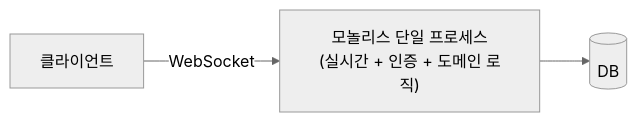
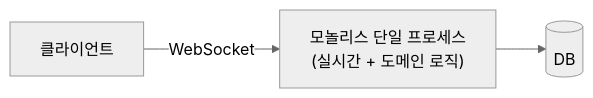
The first of 2 diagrams in case-studies/02-monolith-to-microservices-gke-istio.md (catalanpy5/platform-engineer-milestones), drawn with Mermaid (neutral theme) before and after one commit. The commit also changed other lines of this file, not shown here.

Commit message:
Update 02

````diff
--- a/case-studies/02-monolith-to-microservices-gke-istio.md
+++ b/case-studies/02-monolith-to-microservices-gke-istio.md
@@ -54,5 +54,5 @@
 ```mermaid
 flowchart LR
-  C["클라이언트"] -->|WebSocket| M["모놀리스 단일 프로세스<br/>(실시간 + 인증 + 도메인 로직)"]
+  C["클라이언트"] -->|WebSocket| M["모놀리스 단일 프로세스<br/>(실시간 + 도메인 로직)"]
   M --> DB[("DB")]
 ```
````
